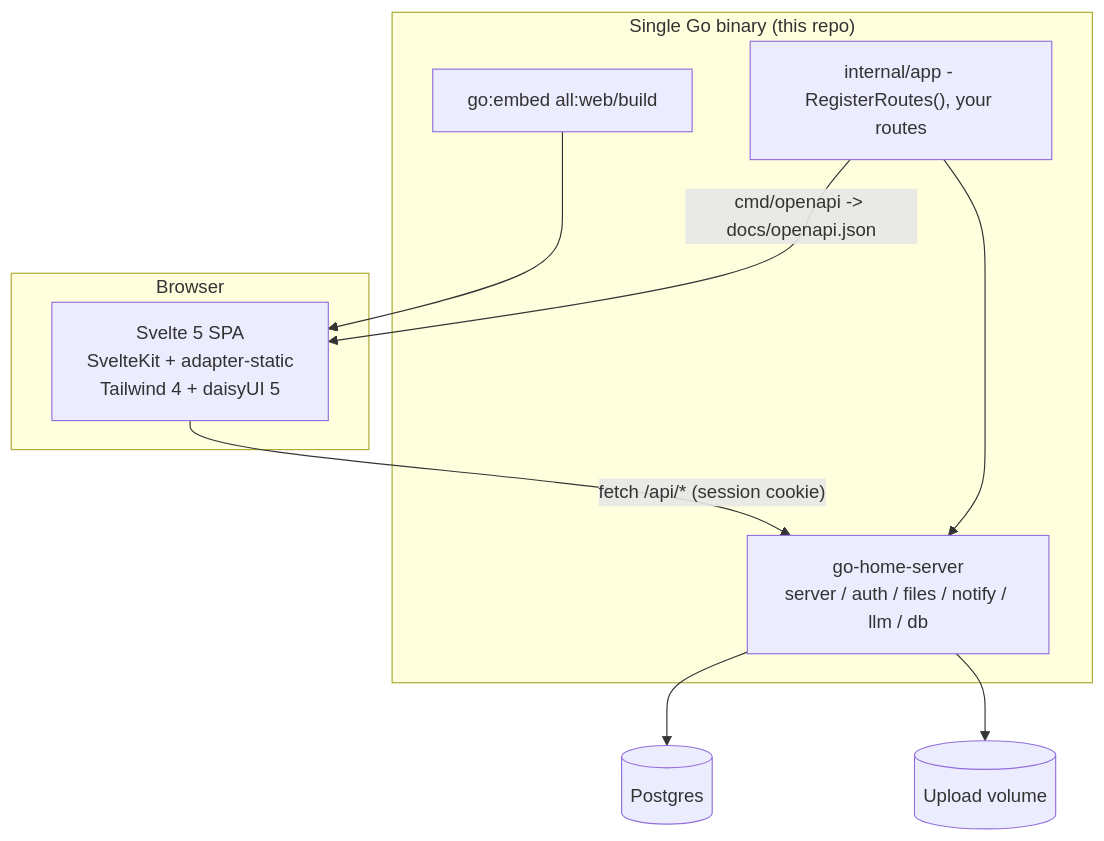
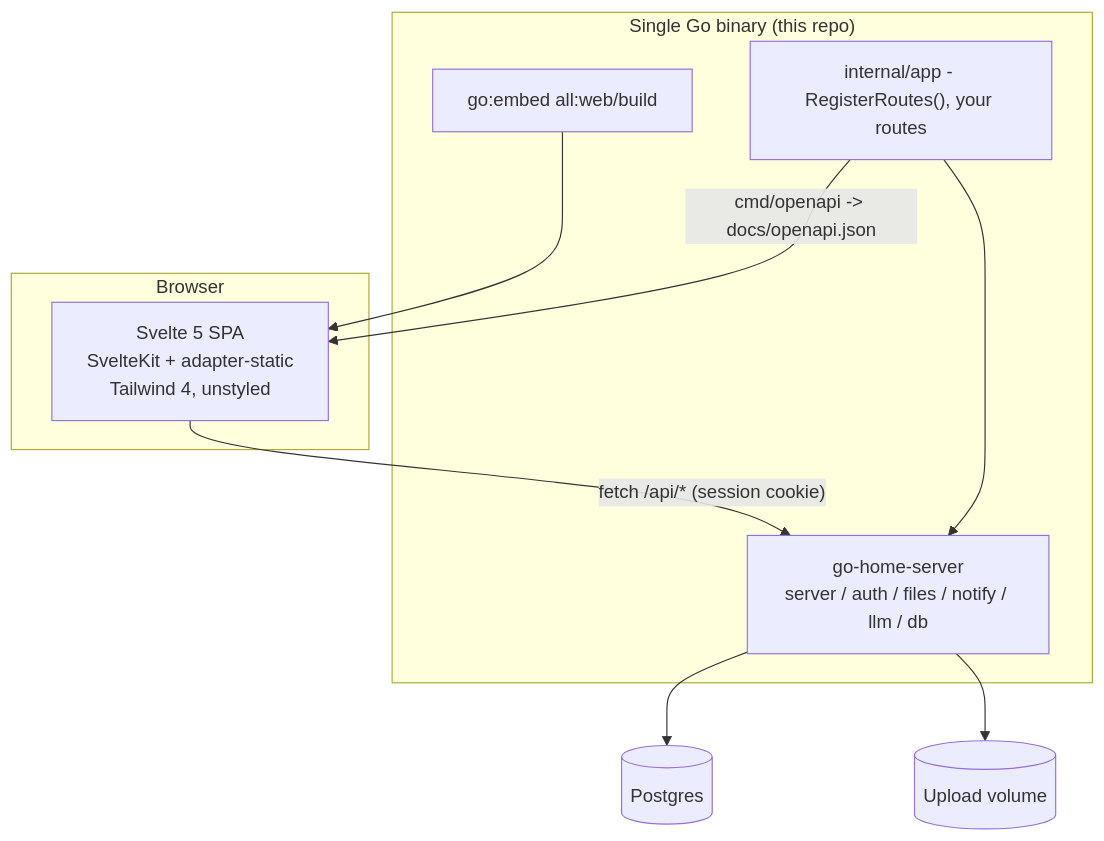
Before and after one commit to robert-crandall/go-home-template: the diagram in docs/tech-stack.md, drawn with Mermaid. The commit also changed other lines of this file and 24 other files, not shown here.

````diff
--- a/docs/tech-stack.md
+++ b/docs/tech-stack.md
@@ -34,22 +34,22 @@
 ```mermaid
 graph TD
   subgraph browser["Browser"]
-    SPA["Svelte 5 SPA<br/>SvelteKit + adapter-static<br/>Tailwind 4 + daisyUI 5"]
+    SPA["Svelte 5 SPA<br/>SvelteKit + adapter-static<br/>Tailwind 4, unstyled"]
   end
 
   subgraph binary["Single Go binary (this repo)"]
     EMBED["go:embed all:web/build"]
     APP["internal/app - RegisterRoutes(), your routes"]
     FOUND["go-home-server<br/>server / auth / files / notify / llm / db"]
   end
 
   PG[("Postgres")]
   DISK[("Upload volume")]
 
   SPA -->|"fetch /api/* (session cookie)"| FOUND
   EMBED --> SPA
   APP --> FOUND
   FOUND --> PG
   FOUND --> DISK
   APP -->|"cmd/openapi -> docs/openapi.json"| SPA
 ```
````
